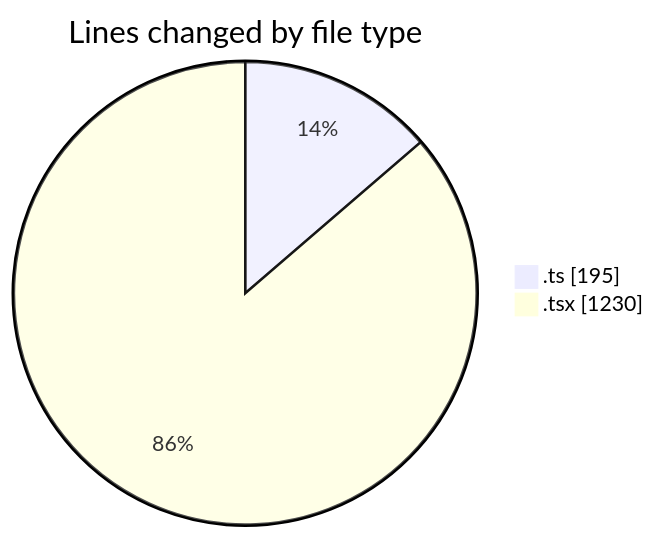
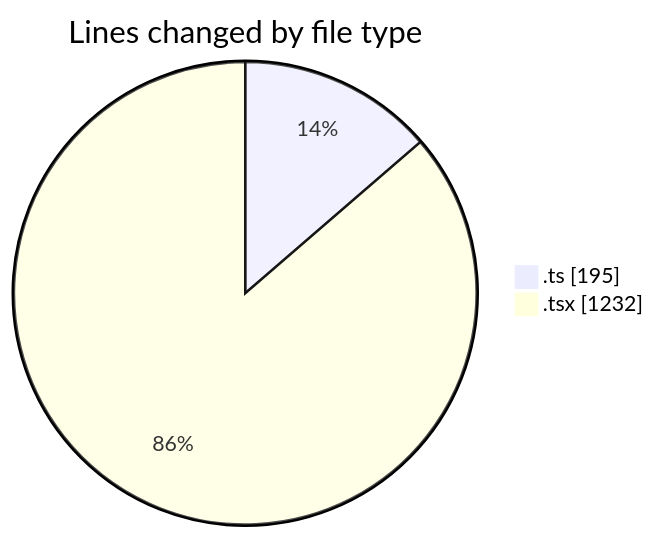
Before and after one commit to nxtqubesakshisongat/code-tracking: the first of 2 diagrams in 2026-03-26/nxtqube_webapp/README.md, drawn with Mermaid. The commit also changed other lines of this file and 1 other file, not shown here.

````diff
--- a/2026-03-26/nxtqube_webapp/README.md
+++ b/2026-03-26/nxtqube_webapp/README.md
@@ -22,6 +22,6 @@
 ```mermaid
 pie showData
 title Lines changed by file type
 ".ts" : 195
-".tsx" : 1230
+".tsx" : 1232
 ```
````
